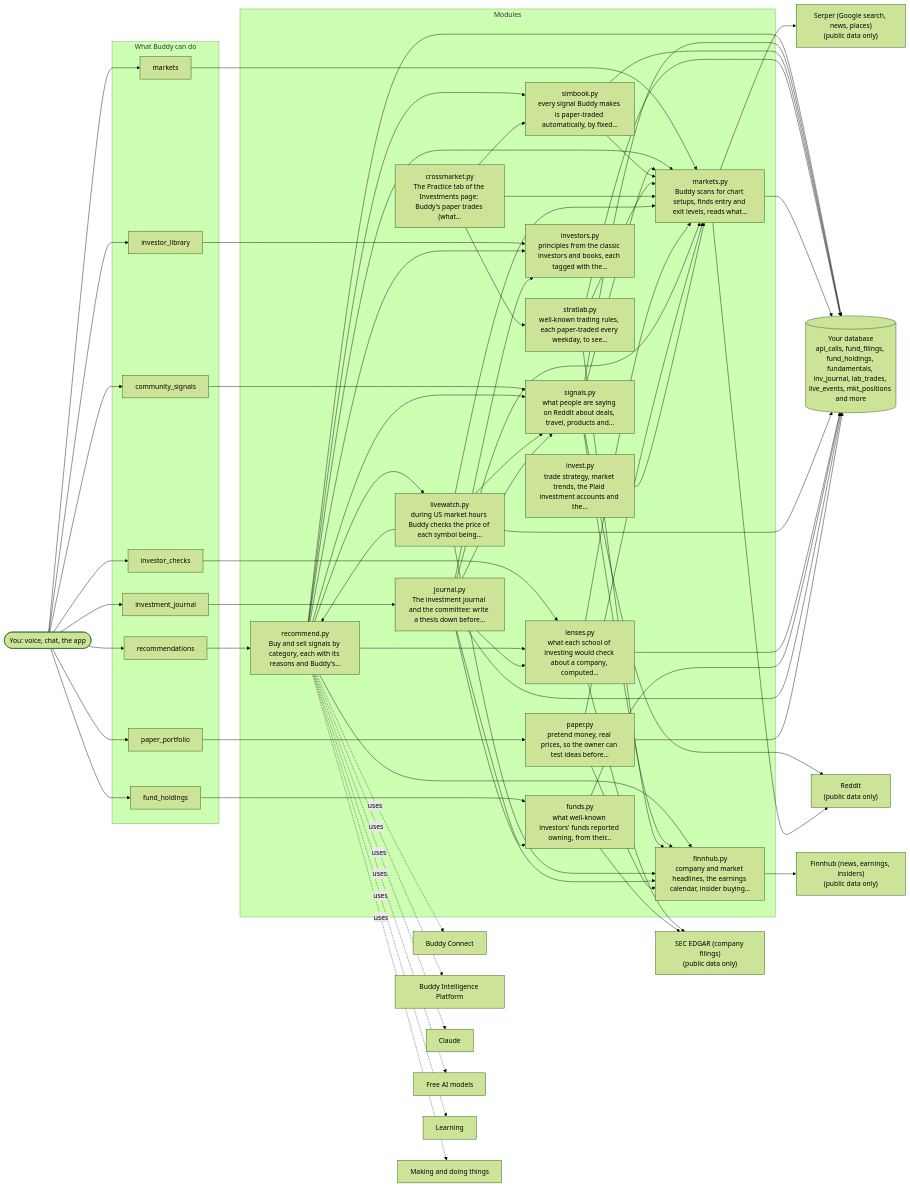
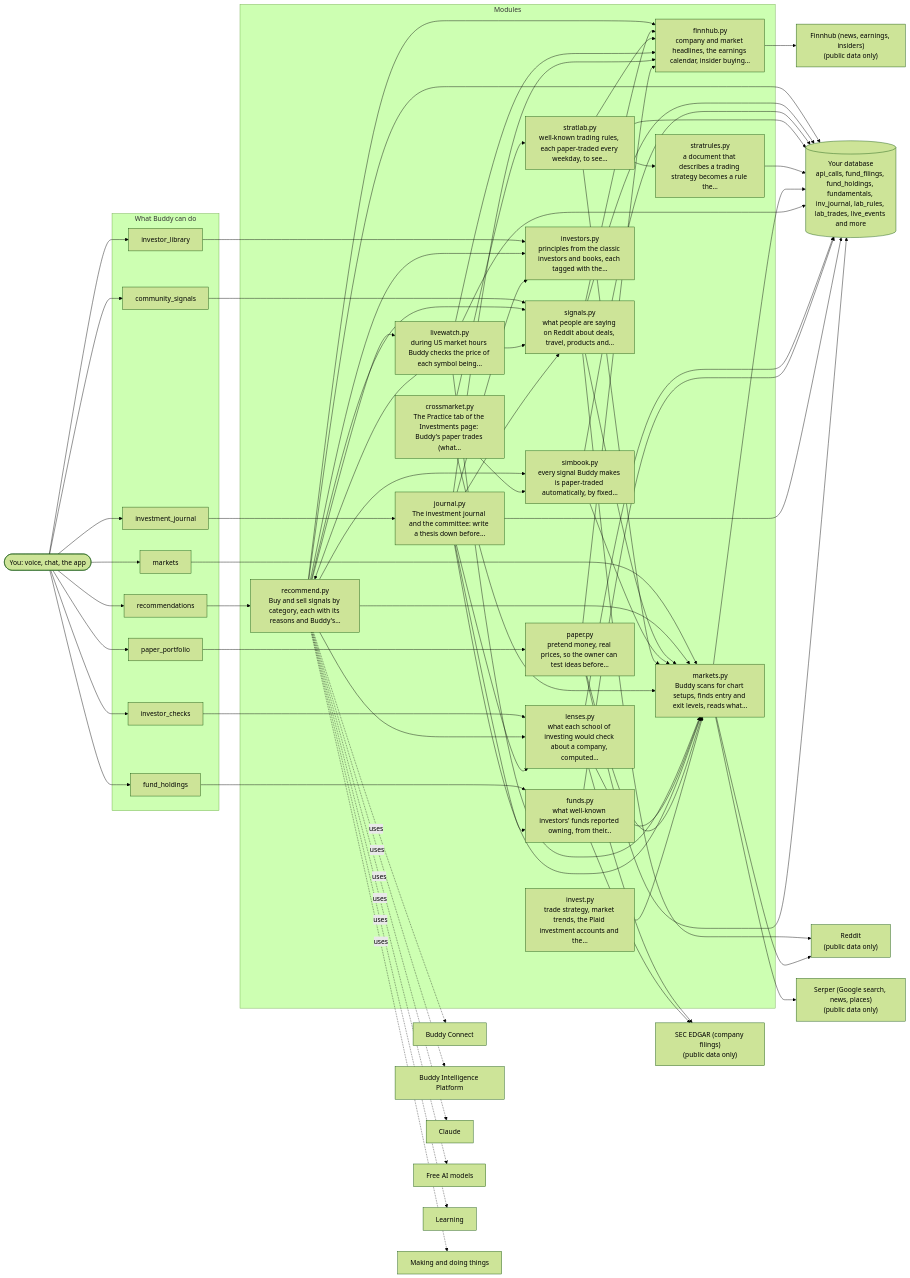
Before and after one commit to aneesh304810/BuddyAgent: the diagram in docs/architecture/12-investing.md, drawn with Mermaid (forest theme). The commit also changed other lines of this file and 12 other files, not shown here.

First line of the commit message:
Strategy lab: replay over past prices, and strategies from a document you upload

```diff
--- a/docs/architecture/12-investing.md
+++ b/docs/architecture/12-investing.md
@@ -22,6 +22,7 @@
         signals_py["signals.py<br/>what people are saying on Reddit about deals, travel, products and…"]
         simbook_py["simbook.py<br/>every signal Buddy makes is paper-traded automatically, by fixed…"]
         stratlab_py["stratlab.py<br/>well-known trading rules, each paper-traded every weekday, to see…"]
+        stratrules_py["stratrules.py<br/>a document that describes a trading strategy becomes a rule the…"]
         crossmarket_py["crossmarket.py<br/>The Practice tab of the Investments page: Buddy's paper trades (what…"]
         markets_py["markets.py<br/>Buddy scans for chart setups, finds entry and exit levels, reads what…"]
         livewatch_py["livewatch.py<br/>during US market hours Buddy checks the price of each symbol being…"]
@@ -61,6 +62,7 @@
     simbook_py --> markets_py
     stratlab_py --> finnhub_py
     stratlab_py --> markets_py
+    stratlab_py --> stratrules_py
     crossmarket_py --> markets_py
     crossmarket_py --> simbook_py
     crossmarket_py --> stratlab_py
@@ -78,11 +80,12 @@
     paper_py --> finnhub_py
     paper_py --> markets_py
     invest_py --> markets_py
-    db[("Your database<br/>api_calls, fund_filings, fund_holdings, fundamentals, inv_journal, lab_trades, live_events, mkt_positions and more")]
+    db[("Your database<br/>api_calls, fund_filings, fund_holdings, fundamentals, inv_journal, lab_rules, lab_trades, live_events and more")]
     recommend_py --> db
     signals_py --> db
     simbook_py --> db
     stratlab_py --> db
+    stratrules_py --> db
     markets_py --> db
     livewatch_py --> db
     lenses_py --> db
```
